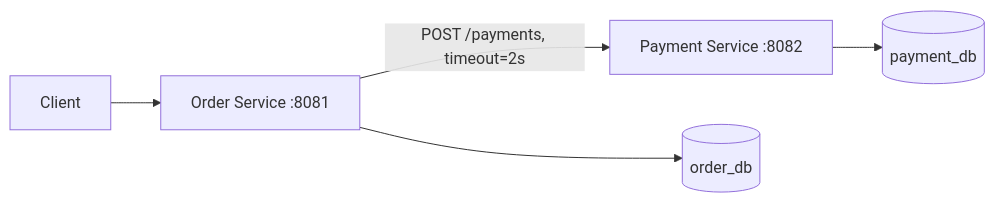
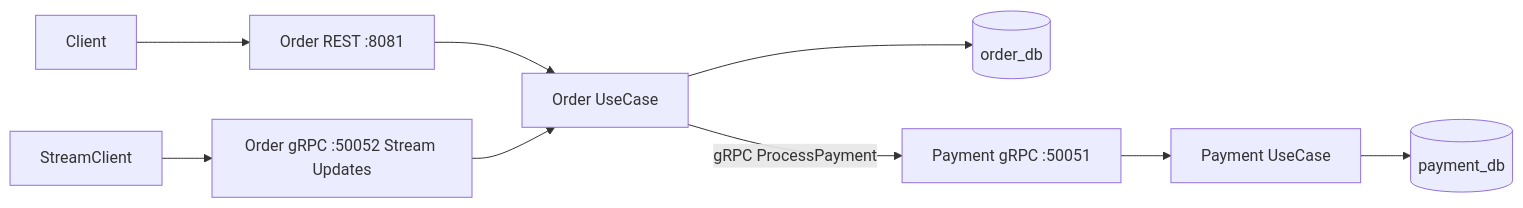
One commit to Meirzhan1/Microservices-Order-Payment-Go changed the diagram in README.md. Above: the diagram before and after it, drawn with Mermaid. The commit also changed other lines of this file and 8 other files, not shown here.

Commit message:
feat: setup Order gRPC streaming server and Payment connection

````diff
--- a/README.md
+++ b/README.md
@@ -43,7 +19,12 @@
 ```mermaid
 flowchart LR
-    Client --> OrderAPI[Order Service :8081]
-    OrderAPI -->|POST /payments, timeout=2s| PaymentAPI[Payment Service :8082]
-    OrderAPI --> OrderDB[(order_db)]
-    PaymentAPI --> PaymentDB[(payment_db)]
+  Client --> OREST[Order REST :8081]
+  OREST --> OUC[Order UseCase]
+  OUC --> ODB[(order_db)]
+  OUC -->|gRPC ProcessPayment| PGRPC[Payment gRPC :50051]
+  PGRPC --> PUC[Payment UseCase]
+  PUC --> PDB[(payment_db)]
+
+  StreamClient --> OGRPC[Order gRPC :50052 Stream Updates]
+  OGRPC --> OUC
 ```
````
